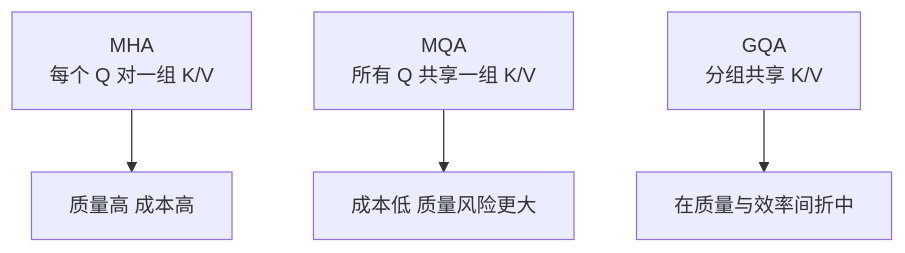
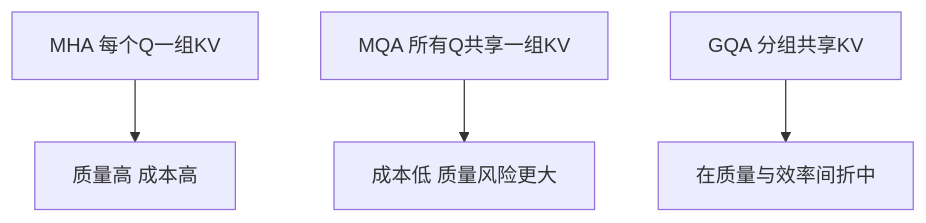
The fourth of 5 diagrams in docs/01-llm-foundations/chapter-06-training-inference-and-evolution.md (xiaoqianbaobao/ai-guide), drawn with Mermaid before and after one commit. The commit also changed other lines of this file and 15 other files, not shown here.

````diff
--- a/docs/01-llm-foundations/chapter-06-training-inference-and-evolution.md
+++ b/docs/01-llm-foundations/chapter-06-training-inference-and-evolution.md
@@ -214,6 +214,6 @@
 ```mermaid
 flowchart TD
-    A[MHA<br/>每个 Q 对一组 K/V] --> B[质量高 成本高]
-    C[MQA<br/>所有 Q 共享一组 K/V] --> D[成本低 质量风险更大]
-    E[GQA<br/>分组共享 K/V] --> F[在质量与效率间折中]
+    A[MHA 每个Q一组KV] --> B[质量高 成本高]
+    C[MQA 所有Q共享一组KV] --> D[成本低 质量风险更大]
+    E[GQA 分组共享KV] --> F[在质量与效率间折中]
 ```
````
